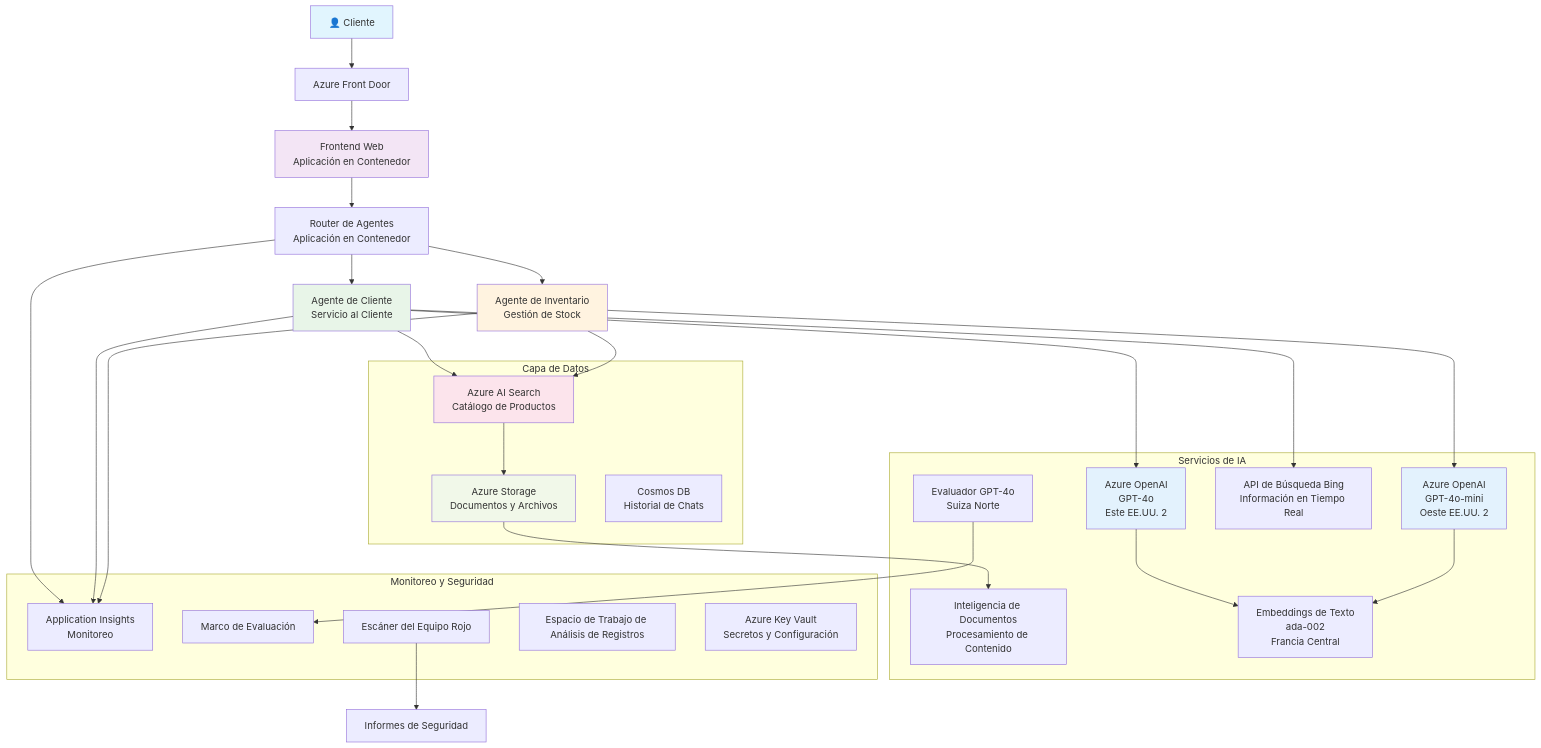
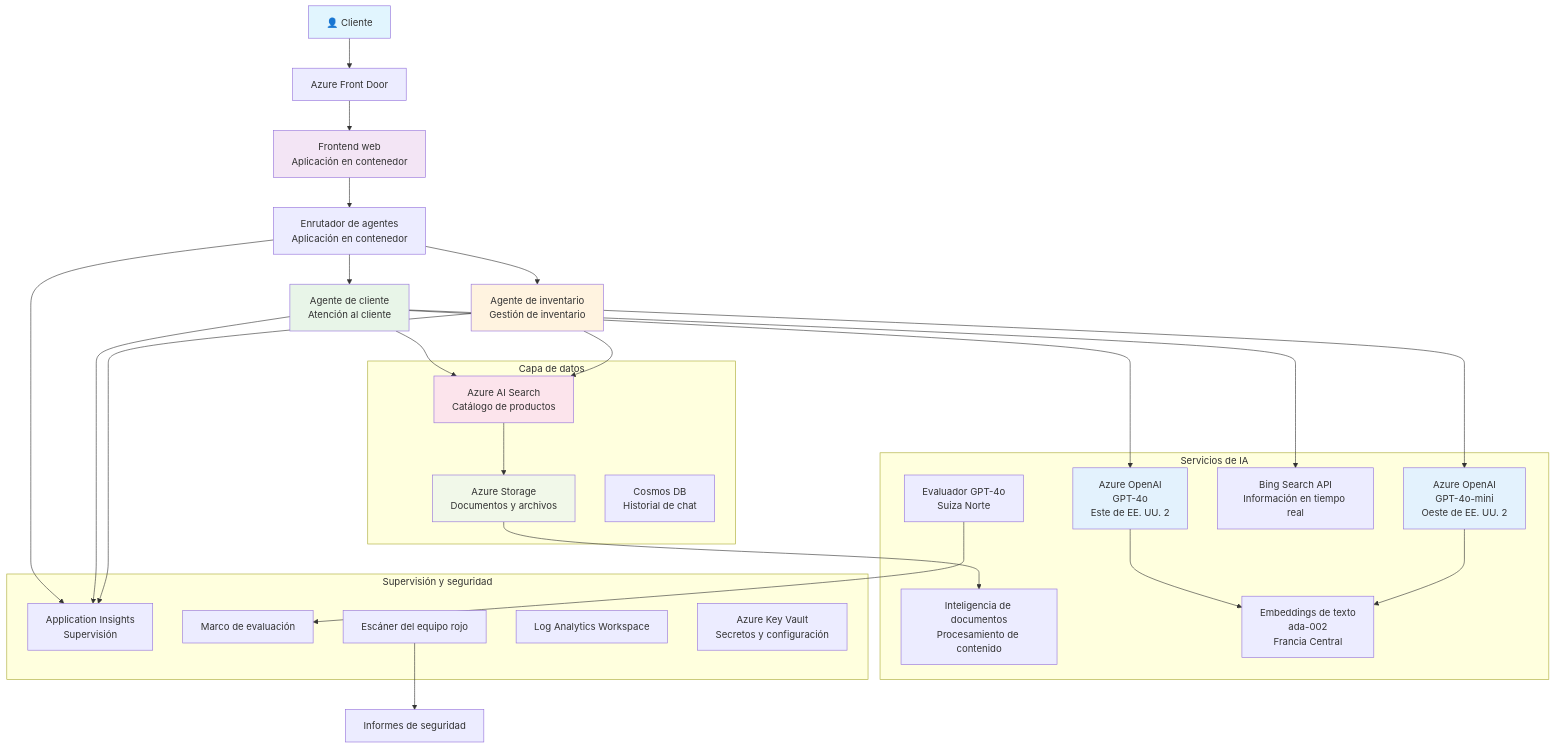
The diagram in translations/es/examples/retail-scenario.md (microsoft/AZD-for-beginners), drawn with Mermaid before and after one commit. The commit also changed other lines of this file and 282 other files, not shown here.

````diff
--- a/translations/es/examples/retail-scenario.md
+++ b/translations/es/examples/retail-scenario.md
@@ -148,61 +139,61 @@
 ```mermaid
 graph TB
     User[👤 Cliente] --> LB[Azure Front Door]
-    LB --> WebApp[Frontend Web<br/>Aplicación en Contenedor]
+    LB --> WebApp[Frontend web<br/>Aplicación en contenedor]
     
-    WebApp --> Router[Router de Agentes<br/>Aplicación en Contenedor]
-    Router --> CustomerAgent[Agente de Cliente<br/>Servicio al Cliente]
-    Router --> InvAgent[Agente de Inventario<br/>Gestión de Stock]
+    WebApp --> Router[Enrutador de agentes<br/>Aplicación en contenedor]
+    Router --> CustomerAgent[Agente de cliente<br/>Atención al cliente]
+    Router --> InvAgent[Agente de inventario<br/>Gestión de inventario]
     
-    CustomerAgent --> OpenAI1[Azure OpenAI<br/>GPT-4o<br/>Este EE.UU. 2]
-    InvAgent --> OpenAI2[Azure OpenAI<br/>GPT-4o-mini<br/>Oeste EE.UU. 2]
+    CustomerAgent --> OpenAI1[Azure OpenAI<br/>GPT-4o<br/>Este de EE. UU. 2]
+    InvAgent --> OpenAI2[Azure OpenAI<br/>GPT-4o-mini<br/>Oeste de EE. UU. 2]
     
-    CustomerAgent --> AISearch[Azure AI Search<br/>Catálogo de Productos]
-    CustomerAgent --> BingSearch[API de Búsqueda Bing<br/>Información en Tiempo Real]
+    CustomerAgent --> AISearch[Azure AI Search<br/>Catálogo de productos]
+    CustomerAgent --> BingSearch[Bing Search API<br/>Información en tiempo real]
     InvAgent --> AISearch
     
-    AISearch --> Storage[Azure Storage<br/>Documentos y Archivos]
-    Storage --> DocIntel[Inteligencia de Documentos<br/>Procesamiento de Contenido]
+    AISearch --> Storage[Azure Storage<br/>Documentos y archivos]
+    Storage --> DocIntel[Inteligencia de documentos<br/>Procesamiento de contenido]
     
-    OpenAI1 --> Embeddings[Embeddings de Texto<br/>ada-002<br/>Francia Central]
+    OpenAI1 --> Embeddings[Embeddings de texto<br/>ada-002<br/>Francia Central]
     OpenAI2 --> Embeddings
     
-    Router --> AppInsights[Application Insights<br/>Monitoreo]
+    Router --> AppInsights[Application Insights<br/>Supervisión]
     CustomerAgent --> AppInsights
     InvAgent --> AppInsights
     
-    GraderModel[Evaluador GPT-4o<br/>Suiza Norte] --> Evaluation[Marco de Evaluación]
-    RedTeam[Escáner del Equipo Rojo] --> SecurityReports[Informes de Seguridad]
+    GraderModel[Evaluador GPT-4o<br/>Suiza Norte] --> Evaluation[Marco de evaluación]
+    RedTeam[Escáner del equipo rojo] --> SecurityReports[Informes de seguridad]
     
-    subgraph "Capa de Datos"
+    subgraph "Capa de datos"
         Storage
         AISearch
-        CosmosDB[Cosmos DB<br/>Historial de Chats]
+        CosmosDB[Cosmos DB<br/>Historial de chat]
     end
     
     subgraph "Servicios de IA"
         OpenAI1
         OpenAI2
         Embeddings
         GraderModel
         DocIntel
         BingSearch
     end
     
-    subgraph "Monitoreo y Seguridad"
+    subgraph "Supervisión y seguridad"
         AppInsights
-        LogAnalytics[Espacio de Trabajo de Análisis de Registros]
-        KeyVault[Azure Key Vault<br/>Secretos y Configuración]
+        LogAnalytics[Log Analytics Workspace]
+        KeyVault[Azure Key Vault<br/>Secretos y configuración]
         RedTeam
         Evaluation
     end
     
     style User fill:#e1f5fe
     style WebApp fill:#f3e5f5
     style CustomerAgent fill:#e8f5e8
     style InvAgent fill:#fff3e0
     style OpenAI1 fill:#e3f2fd
     style OpenAI2 fill:#e3f2fd
     style AISearch fill:#fce4ec
     style Storage fill:#f1f8e9
 ```
````
